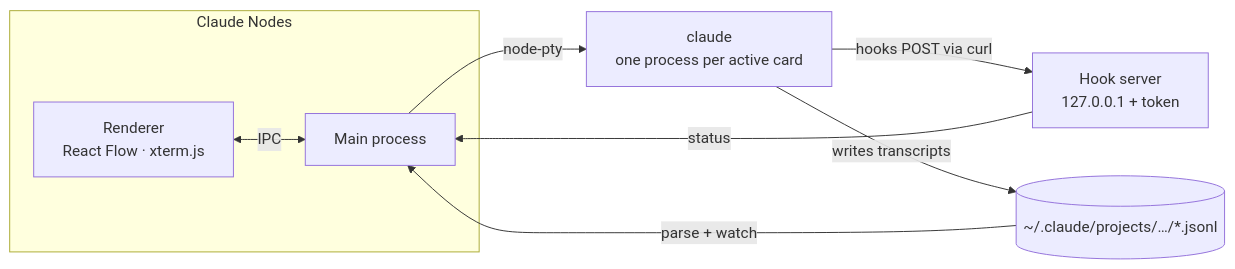
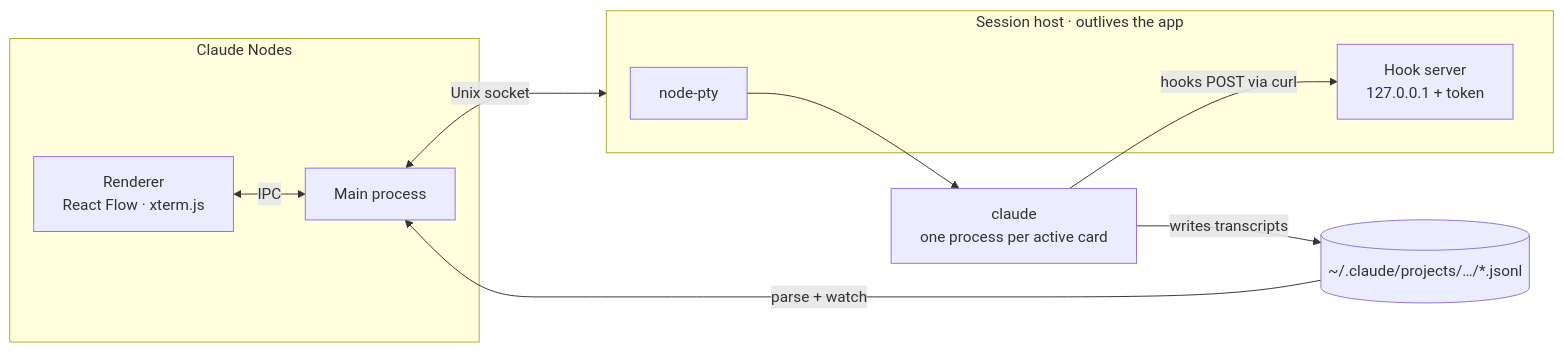
One commit to saleem-hadad/claude-nodes changed the diagram in docs/how-it-works.md. Above: the diagram before and after it, drawn with Mermaid. The commit also changed other lines of this file and 9 other files, not shown here.

````diff
--- a/docs/how-it-works.md
+++ b/docs/how-it-works.md
@@ -5,17 +5,20 @@
 ```mermaid
 flowchart LR
   subgraph app["Claude Nodes"]
     ui["Renderer<br/>React Flow · xterm.js"]
     main["Main process"]
   end
+  subgraph host["Session host · outlives the app"]
+    ptys["node-pty"]
+    hooks["Hook server<br/>127.0.0.1 + token"]
+  end
   cli["claude<br/>one process per active card"]
-  hooks["Hook server<br/>127.0.0.1 + token"]
   jsonl[("~/.claude/projects/…/*.jsonl")]
 
   ui <-->|IPC| main
-  main -->|node-pty| cli
+  main <-->|Unix socket| host
+  ptys --> cli
   cli -->|hooks POST via curl| hooks
-  hooks -->|status| main
   cli -->|writes transcripts| jsonl
   jsonl -->|parse + watch| main
 ```
````
